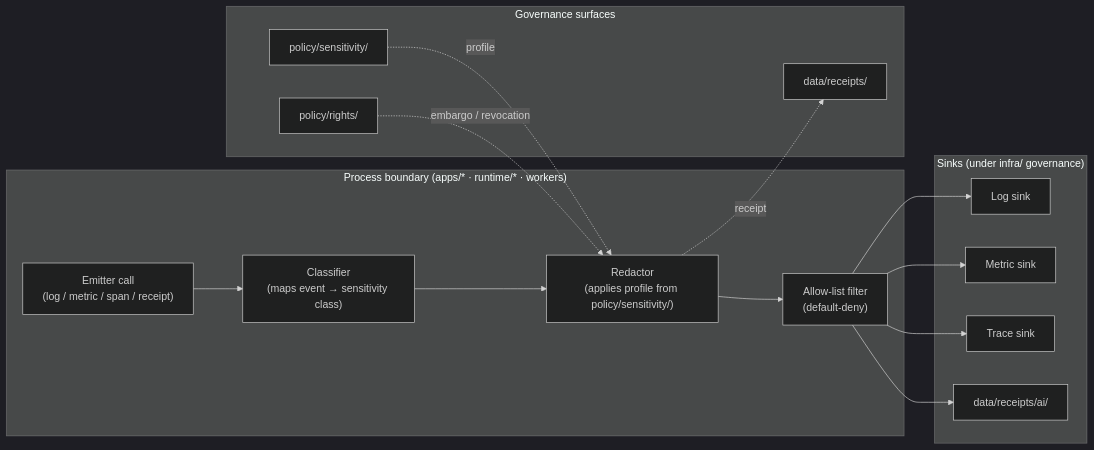
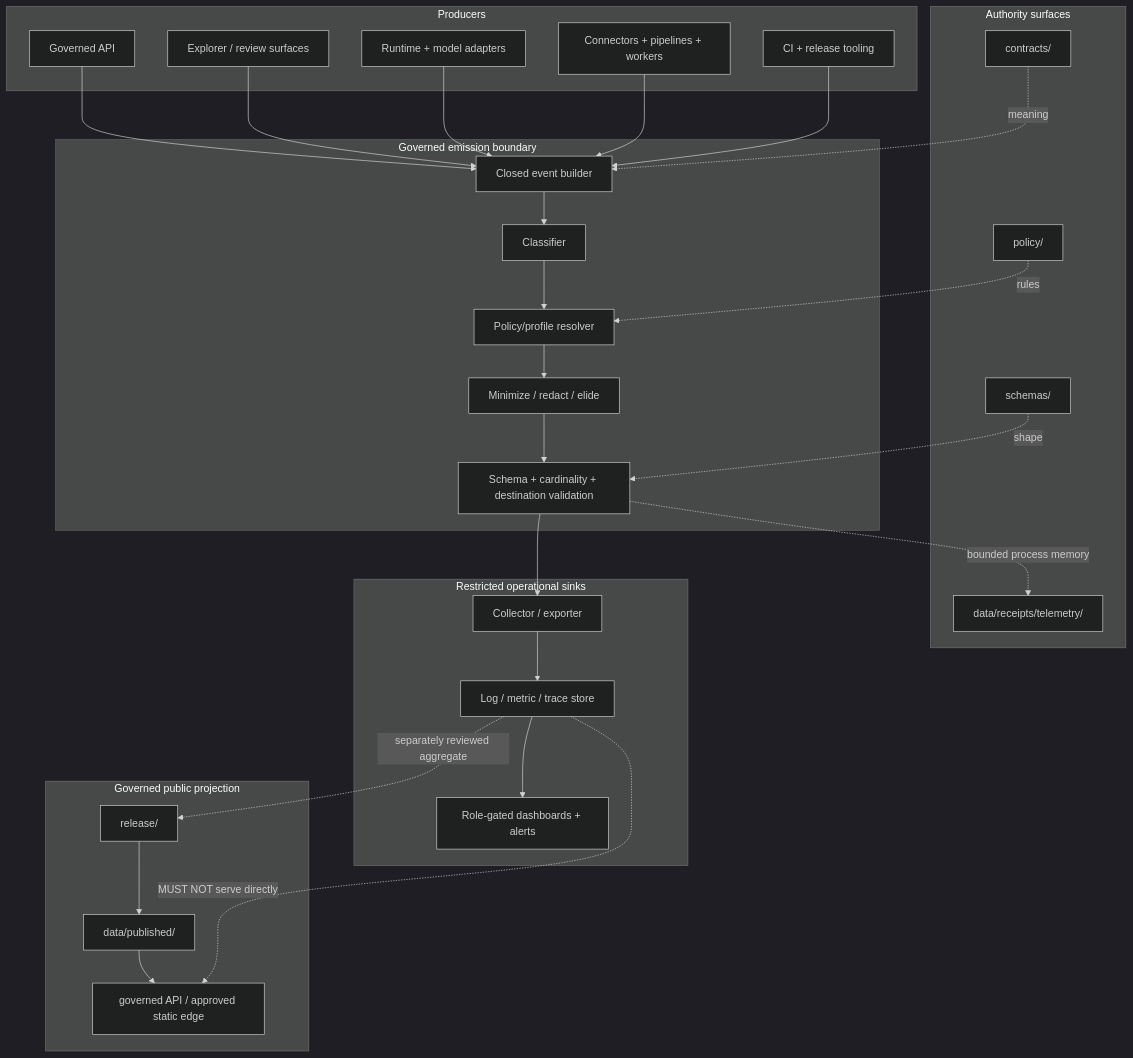
One commit to bartytime4life/Kansas-Frontier-Matrix changed the second of 2 diagrams in docs/adr/ADR-0016-telemetry-redaction-posture.md. Above: the diagram before and after it, drawn with Mermaid (dark theme). The commit also changed other lines of this file, not shown here.

Commit message:
docs(adr): modernize ADR-0016 telemetry redaction posture

````diff
--- a/docs/adr/ADR-0016-telemetry-redaction-posture.md
+++ b/docs/adr/ADR-0016-telemetry-redaction-posture.md
@@ -278,31 +616,51 @@
 ```mermaid
-flowchart LR
-  subgraph PROC["Process boundary (apps/* · runtime/* · workers)"]
-    EMIT["Emitter call<br/>(log / metric / span / receipt)"]
-    CLASSIFY["Classifier<br/>(maps event → sensitivity class)"]
-    REDACT["Redactor<br/>(applies profile from policy/sensitivity/)"]
-    ALLOW["Allow-list filter<br/>(default-deny)"]
-  end
+flowchart TB
+    subgraph PRODUCERS["Producers"]
+        API["Governed API"]
+        UI["Explorer / review surfaces"]
+        RUN["Runtime + model adapters"]
+        PIPE["Connectors + pipelines + workers"]
+        CI["CI + release tooling"]
+    end
 
-  subgraph GOV["Governance surfaces"]
-    SENS["policy/sensitivity/"]
-    RIGHTS["policy/rights/"]
-    RCPT["data/receipts/"]
-  end
+    subgraph EMISSION["Governed emission boundary"]
+        BUILD["Closed event builder"]
+        CLASS["Classifier"]
+        POL["Policy/profile resolver"]
+        REDACT["Minimize / redact / elide"]
+        VALID["Schema + cardinality + destination validation"]
+    end
 
-  subgraph SINKS["Sinks (under infra/ governance)"]
-    LOG["Log sink"]
-    MET["Metric sink"]
-    TRC["Trace sink"]
-    AIR["data/receipts/ai/"]
-  end
+    subgraph CONTROL["Authority surfaces"]
+        POLICY["policy/"]
+        CONTRACT["contracts/"]
+        SCHEMA["schemas/"]
+        RECEIPTS["data/receipts/telemetry/"]
+    end
 
-  EMIT --> CLASSIFY --> REDACT --> ALLOW
-  SENS -. profile .-> REDACT
-  RIGHTS -. embargo / revocation .-> REDACT
-  REDACT -. receipt .-> RCPT
-  ALLOW --> LOG
-  ALLOW --> MET
-  ALLOW --> TRC
-  ALLOW --> AIR
+    subgraph SINKS["Restricted operational sinks"]
+        COLLECT["Collector / exporter"]
+        STORE["Log / metric / trace store"]
+        DASH["Role-gated dashboards + alerts"]
+    end
+
+    subgraph PUBLIC["Governed public projection"]
+        REL["release/"]
+        PUB["data/published/"]
+        GAPI["governed API / approved static edge"]
+    end
+
+    API --> BUILD
+    UI --> BUILD
+    RUN --> BUILD
+    PIPE --> BUILD
+    CI --> BUILD
+    BUILD --> CLASS --> POL --> REDACT --> VALID
+    POLICY -. rules .-> POL
+    CONTRACT -. meaning .-> BUILD
+    SCHEMA -. shape .-> VALID
+    VALID --> COLLECT --> STORE --> DASH
+    VALID -. bounded process memory .-> RECEIPTS
+    STORE -. separately reviewed aggregate .-> REL --> PUB --> GAPI
+    STORE -. "MUST NOT serve directly" .-> GAPI
 ```
````
